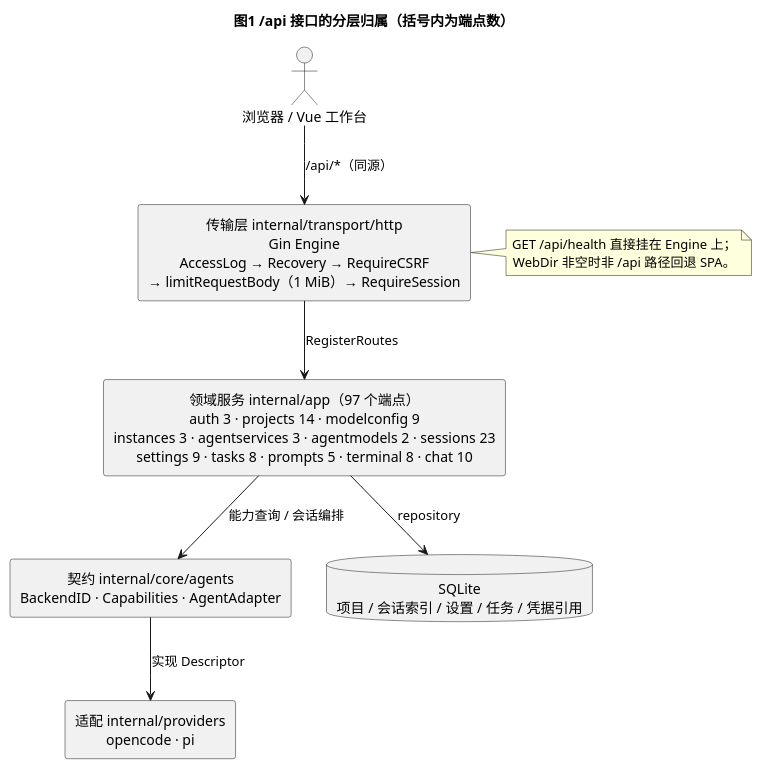
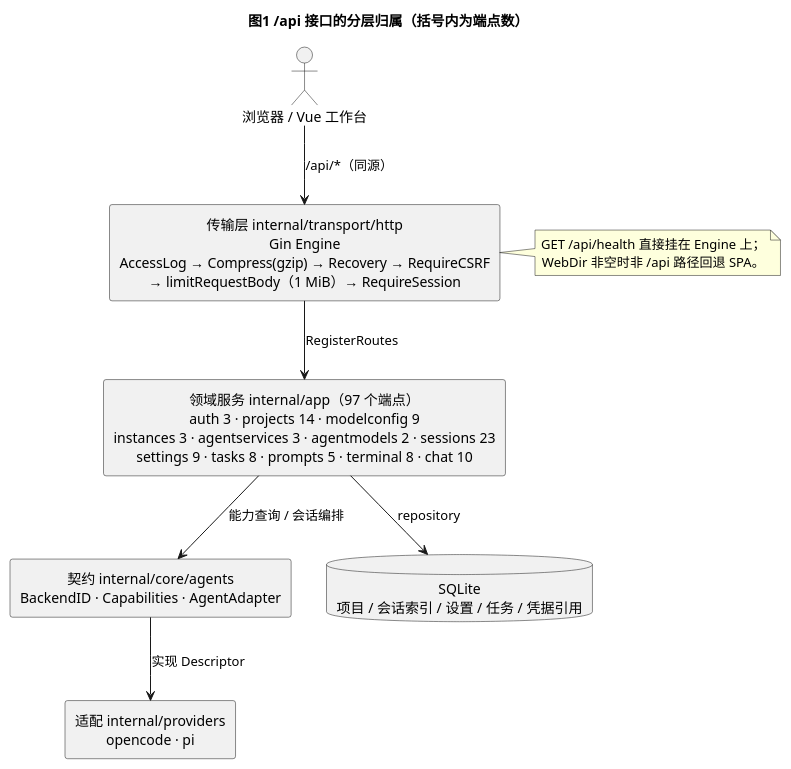
The first of 5 diagrams in docs/api/backend-api-inventory.md (nickdevelop/dev_platform), drawn with PlantUML before and after one commit. The commit also changed other lines of this file and 4 other files, not shown here.

Commit message:
feat(transport): 为 HTTP 响应启用 gzip 压缩

````diff
--- a/docs/api/backend-api-inventory.md
+++ b/docs/api/backend-api-inventory.md
@@ -33,30 +33,30 @@
 ```plantuml
 @startuml
 title 图1 /api 接口的分层归属（括号内为端点数）
 
 skinparam componentStyle rectangle
 skinparam defaultTextAlignment center
 top to bottom direction
 
 actor "浏览器 / Vue 工作台" as Web
 
-rectangle "传输层 internal/transport/http\nGin Engine\nAccessLog → Recovery → RequireCSRF\n→ limitRequestBody（1 MiB）→ RequireSession" as T
+rectangle "传输层 internal/transport/http\nGin Engine\nAccessLog → Compress(gzip) → Recovery → RequireCSRF\n→ limitRequestBody（1 MiB）→ RequireSession" as T
 
 rectangle "领域服务 internal/app（97 个端点）\nauth 3 · projects 14 · modelconfig 9\ninstances 3 · agentservices 3 · agentmodels 2 · sessions 23\nsettings 9 · tasks 8 · prompts 5 · terminal 8 · chat 10" as D
 
 rectangle "契约 internal/core/agents\nBackendID · Capabilities · AgentAdapter" as C
 rectangle "适配 internal/providers\nopencode · pi" as P
 database "SQLite\n项目 / 会话索引 / 设置 / 任务 / 凭据引用" as DB
 
 Web --> T : /api/*（同源）
 T --> D : RegisterRoutes
 D --> C : 能力查询 / 会话编排
 C --> P : 实现 Descriptor
 D --> DB : repository
 
 note right of T
   GET /api/health 直接挂在 Engine 上；
   WebDir 非空时非 /api 路径回退 SPA。
 end note
 @enduml
 ```
````
